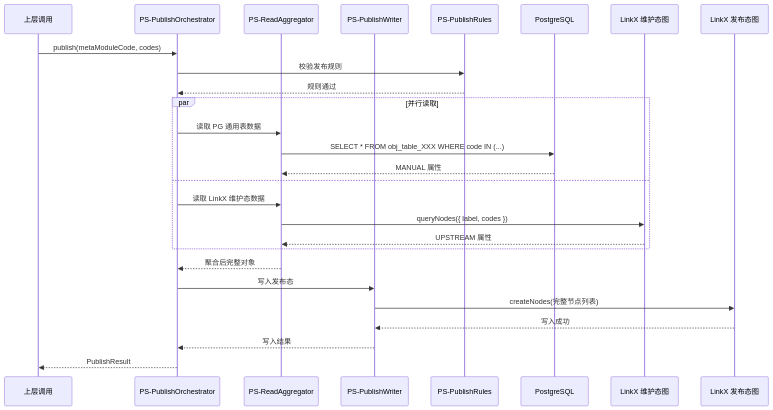
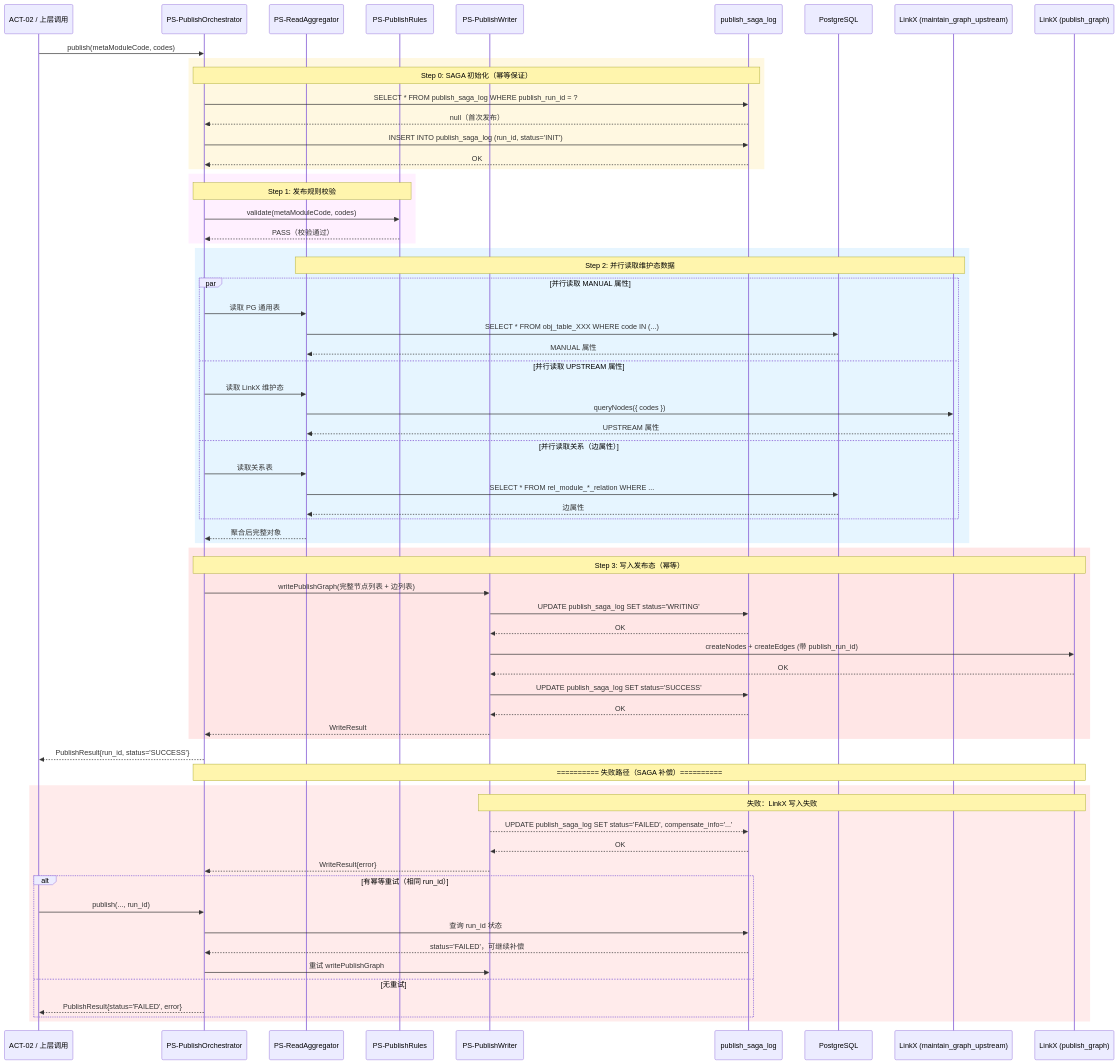
The second of 2 diagrams in docs/adr/ADR-003-维护态与发布态数据隔离方案.md (goflyboy/digitalproduct), drawn with Mermaid before and after one commit. The commit also changed other lines of this file and 4 other files, not shown here.

````diff
--- a/docs/adr/ADR-003-维护态与发布态数据隔离方案.md
+++ b/docs/adr/ADR-003-维护态与发布态数据隔离方案.md
@@ -87,33 +307,78 @@
 ```mermaid
 sequenceDiagram
-    participant Client as 上层调用
+    participant Client as ACT-02 / 上层调用
     participant PO as PS-PublishOrchestrator
     participant RA as PS-ReadAggregator
+    participant RL as PS-PublishRules
     participant WR as PS-PublishWriter
-    participant RL as PS-PublishRules
+    participant SG as publish_saga_log
     participant PG as PostgreSQL
-    participant LNK_M as LinkX 维护态图
-    participant LNK_P as LinkX 发布态图
+    participant LNK_M as LinkX (maintain_graph_upstream)
+    participant LNK_P as LinkX (publish_graph)
 
     Client->>PO: publish(metaModuleCode, codes)
-    PO->>RL: 校验发布规则
-    RL-->>PO: 规则通过
 
-    par 并行读取
-        PO->>RA: 读取 PG 通用表数据
-        RA->>PG: SELECT * FROM obj_table_XXX WHERE code IN (...)
-        PG-->>RA: MANUAL 属性
-    and
-        PO->>RA: 读取 LinkX 维护态数据
-        RA->>LNK_M: queryNodes({ label, codes })
-        LNK_M-->>RA: UPSTREAM 属性
+    rect rgb(255, 248, 225)
+        Note over PO,SG: Step 0: SAGA 初始化（幂等保证）
+        PO->>SG: SELECT * FROM publish_saga_log WHERE publish_run_id = ?
+        SG-->>PO: null（首次发布）
+        PO->>SG: INSERT INTO publish_saga_log (run_id, status='INIT')
+        SG-->>PO: OK
     end
 
-    RA-->>PO: 聚合后完整对象
+    rect rgb(255, 240, 255)
+        Note over PO,RL: Step 1: 发布规则校验
+        PO->>RL: validate(metaModuleCode, codes)
+        RL-->>PO: PASS（校验通过）
+    end
 
-    PO->>WR: 写入发布态
-    WR->>LNK_P: createNodes(完整节点列表)
-    LNK_P-->>WR: 写入成功
-    WR-->>PO: 写入结果
-    PO-->>Client: PublishResult
+    rect rgb(230, 245, 255)
+        Note over RA,LNK_M: Step 2: 并行读取维护态数据
+        par 并行读取 MANUAL 属性
+            PO->>RA: 读取 PG 通用表
+            RA->>PG: SELECT * FROM obj_table_XXX WHERE code IN (...)
+            PG-->>RA: MANUAL 属性
+        and 并行读取 UPSTREAM 属性
+            PO->>RA: 读取 LinkX 维护态
+            RA->>LNK_M: queryNodes({ codes })
+            LNK_M-->>RA: UPSTREAM 属性
+        and 并行读取关系（边属性）
+            PO->>RA: 读取关系表
+            RA->>PG: SELECT * FROM rel_module_*_relation WHERE ...
+            PG-->>RA: 边属性
+        end
+        RA-->>PO: 聚合后完整对象
+    end
+
+    rect rgb(255, 230, 230)
+        Note over PO,LNK_P: Step 3: 写入发布态（幂等）
+        PO->>WR: writePublishGraph(完整节点列表 + 边列表)
+        WR->>SG: UPDATE publish_saga_log SET status='WRITING'
+        SG-->>WR: OK
+        WR->>LNK_P: createNodes + createEdges (带 publish_run_id)
+        LNK_P-->>WR: OK
+        WR->>SG: UPDATE publish_saga_log SET status='SUCCESS'
+        SG-->>WR: OK
+        WR-->>PO: WriteResult
+    end
+
+    PO-->>Client: PublishResult{run_id, status='SUCCESS'}
+
+    Note over PO,LNK_P: ========== 失败路径（SAGA 补偿）==========
+
+    rect rgb(255, 235, 235)
+        Note over WR,LNK_P: 失败：LinkX 写入失败
+        WR-->>SG: UPDATE publish_saga_log SET status='FAILED', compensate_info='...'
+        SG-->>WR: OK
+        WR-->>PO: WriteResult{error}
+
+        alt 有幂等重试（相同 run_id）
+            Client->>PO: publish(..., run_id)
+            PO->>SG: 查询 run_id 状态
+            SG-->>PO: status='FAILED'，可继续补偿
+            PO->>WR: 重试 writePublishGraph
+        else 无重试
+            PO-->>Client: PublishResult{status='FAILED', error}
+        end
+    end
 ```
````
